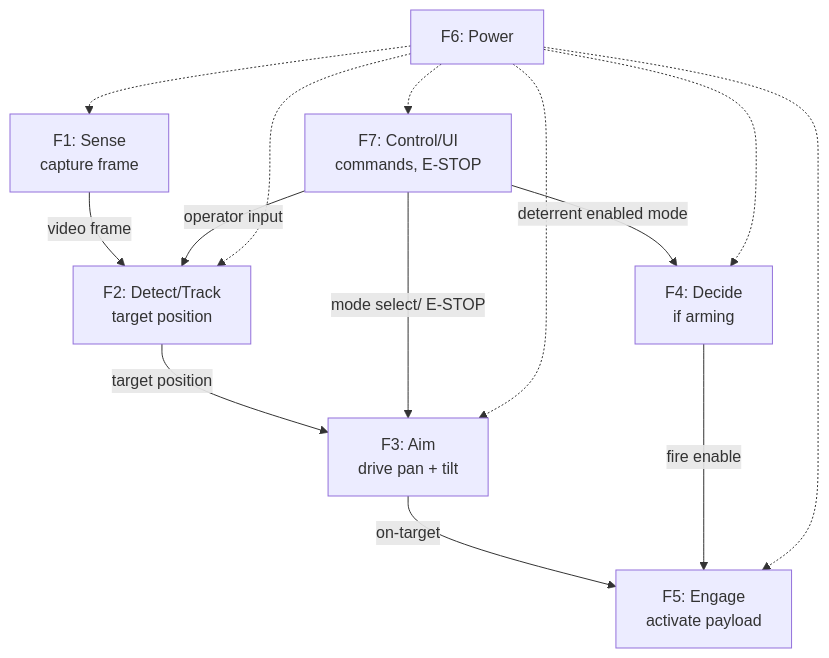
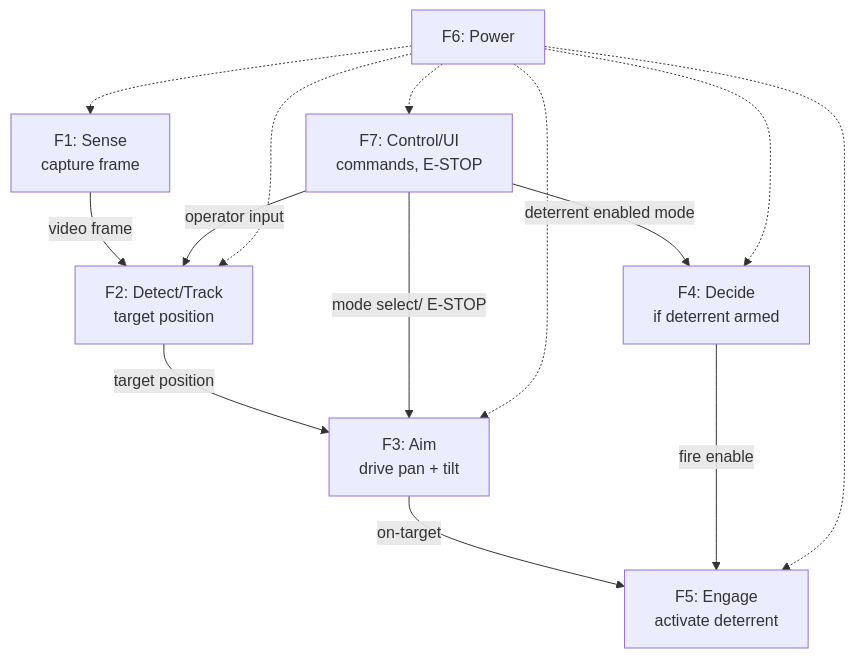
The second of 2 diagrams in docs/systemsMasterDocument.md (SashaBrooke/OhPossum), drawn with Mermaid before and after one commit. The commit also changed other lines of this file, not shown here.

````diff
--- a/docs/systemsMasterDocument.md
+++ b/docs/systemsMasterDocument.md
@@ -152,17 +174,17 @@
 ```mermaid
 flowchart TD
   F1[F1: Sense<br/>capture frame] -->|video frame| F2[F2: Detect/Track<br/>target position]
   F2 -->|target position| F3[F3: Aim<br/>drive pan + tilt]
-  F3 -->|on-target| F5[F5: Engage<br/>activate payload]
-  F4[F4: Decide<br/> if arming]
+  F3 -->|on-target| F5[F5: Engage<br/>activate deterrent]
+  F4[F4: Decide<br/> if deterrent armed]
   F4 -->|fire enable| F5
   F7[F7: Control/UI<br/>commands, E-STOP] -->|mode select/ E-STOP| F3
   F7 --> |deterrent enabled mode| F4
   F7 -->|operator input| F2
   F6[F6: Power] -.->F1
   F6 -.-> F4
   F6 -.-> F2
   F6 -.-> F3
   F6 -.-> F5
   F6 -.-> F7
 ```
````
